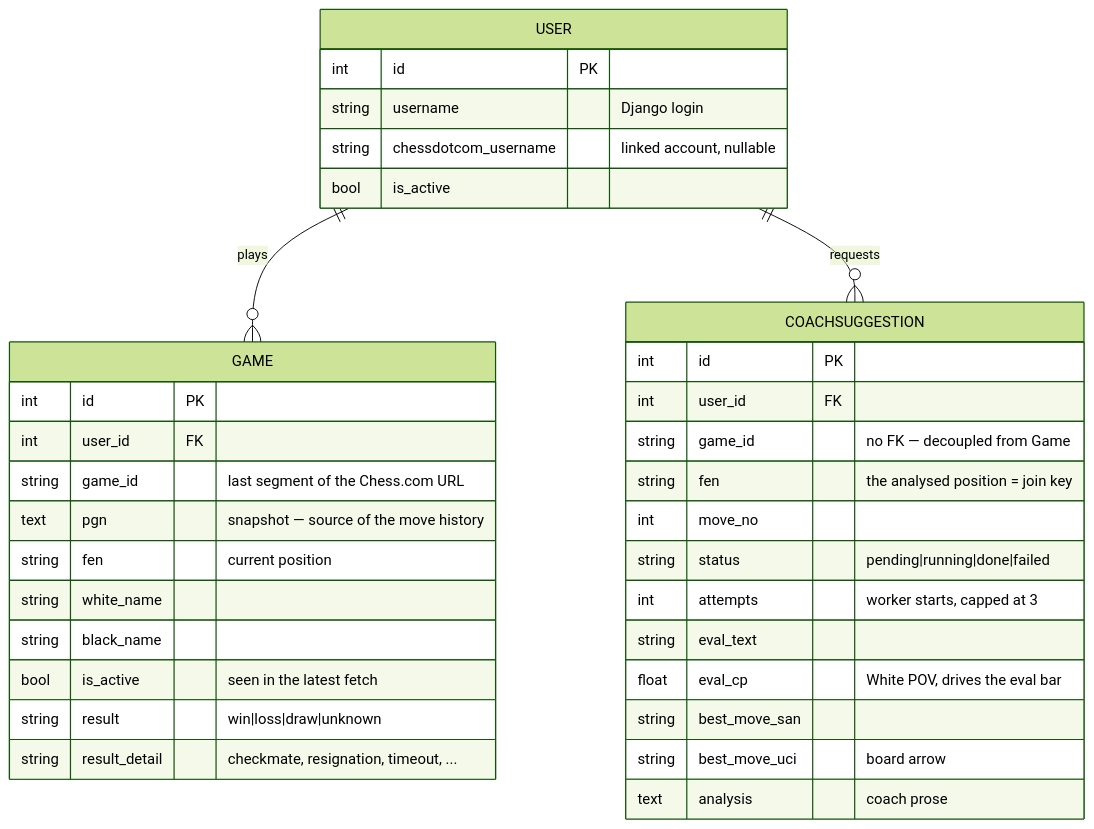
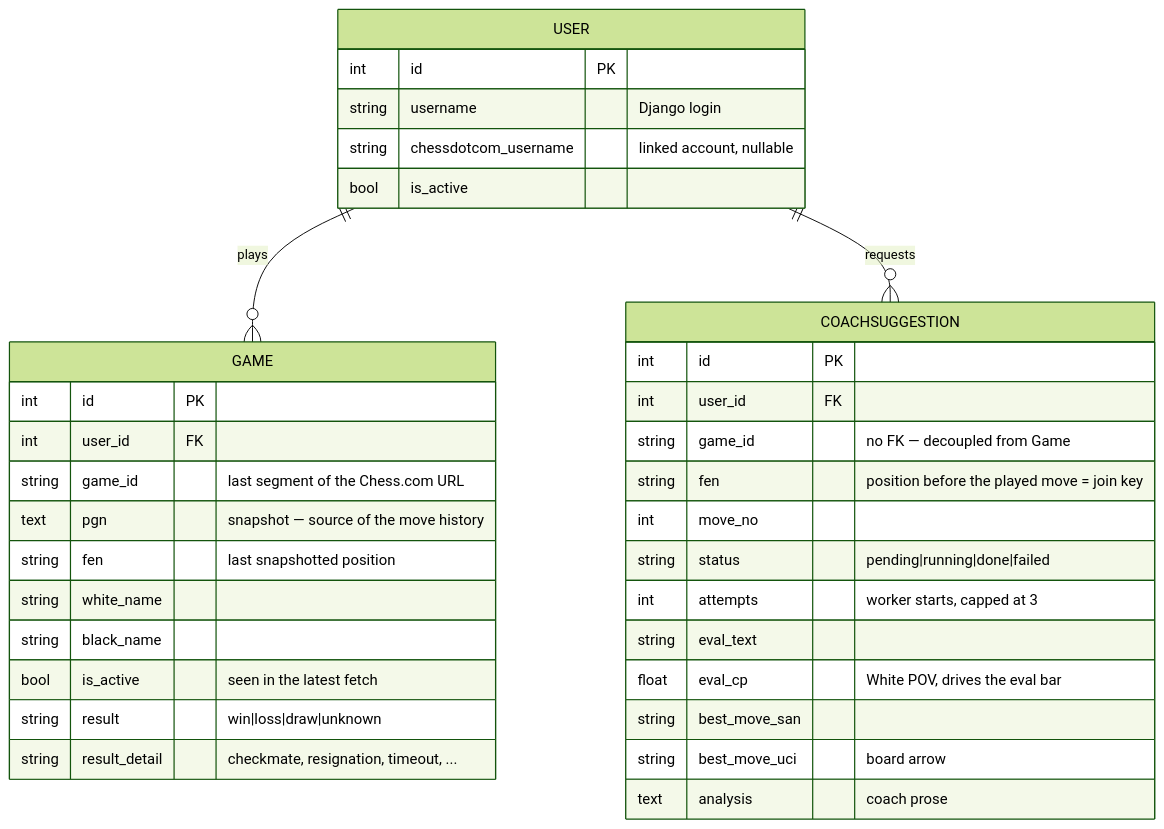
One commit to gab-25/chessdotcom_ai_coach changed the first of 2 diagrams in docs/data-model.md. Above: the diagram before and after it, drawn with Mermaid (forest theme). The commit also changed other lines of this file and 24 other files, not shown here.

````diff
--- a/docs/data-model.md
+++ b/docs/data-model.md
@@ -9,40 +9,40 @@
 ```mermaid
 erDiagram
     USER ||--o{ GAME : "plays"
     USER ||--o{ COACHSUGGESTION : "requests"
 
     USER {
         int id PK
         string username "Django login"
         string chessdotcom_username "linked account, nullable"
         bool is_active
     }
 
     GAME {
         int id PK
         int user_id FK
         string game_id "last segment of the Chess.com URL"
         text pgn "snapshot — source of the move history"
-        string fen "current position"
+        string fen "last snapshotted position"
         string white_name
         string black_name
         bool is_active "seen in the latest fetch"
         string result "win|loss|draw|unknown"
         string result_detail "checkmate, resignation, timeout, ..."
     }
 
     COACHSUGGESTION {
         int id PK
         int user_id FK
         string game_id "no FK — decoupled from Game"
-        string fen "the analysed position = join key"
+        string fen "position before the played move = join key"
         int move_no
         string status "pending|running|done|failed"
         int attempts "worker starts, capped at 3"
         string eval_text
         float eval_cp "White POV, drives the eval bar"
         string best_move_san
         string best_move_uci "board arrow"
         text analysis "coach prose"
     }
 ```
````
